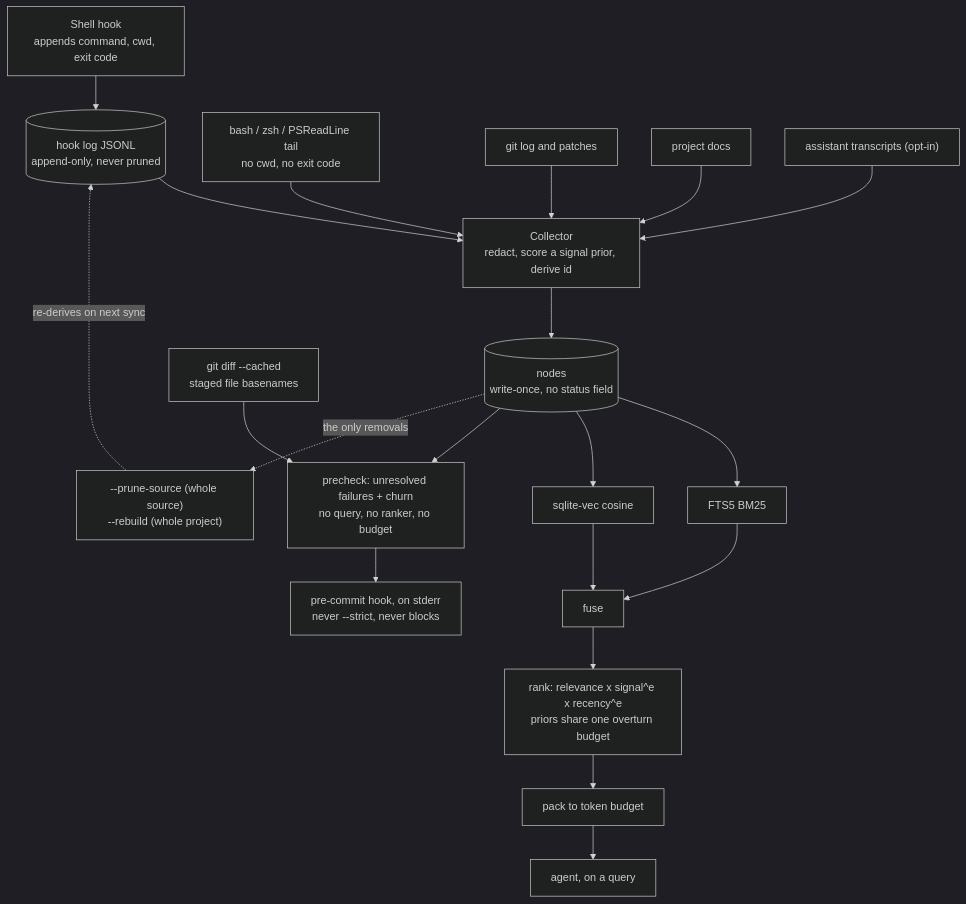
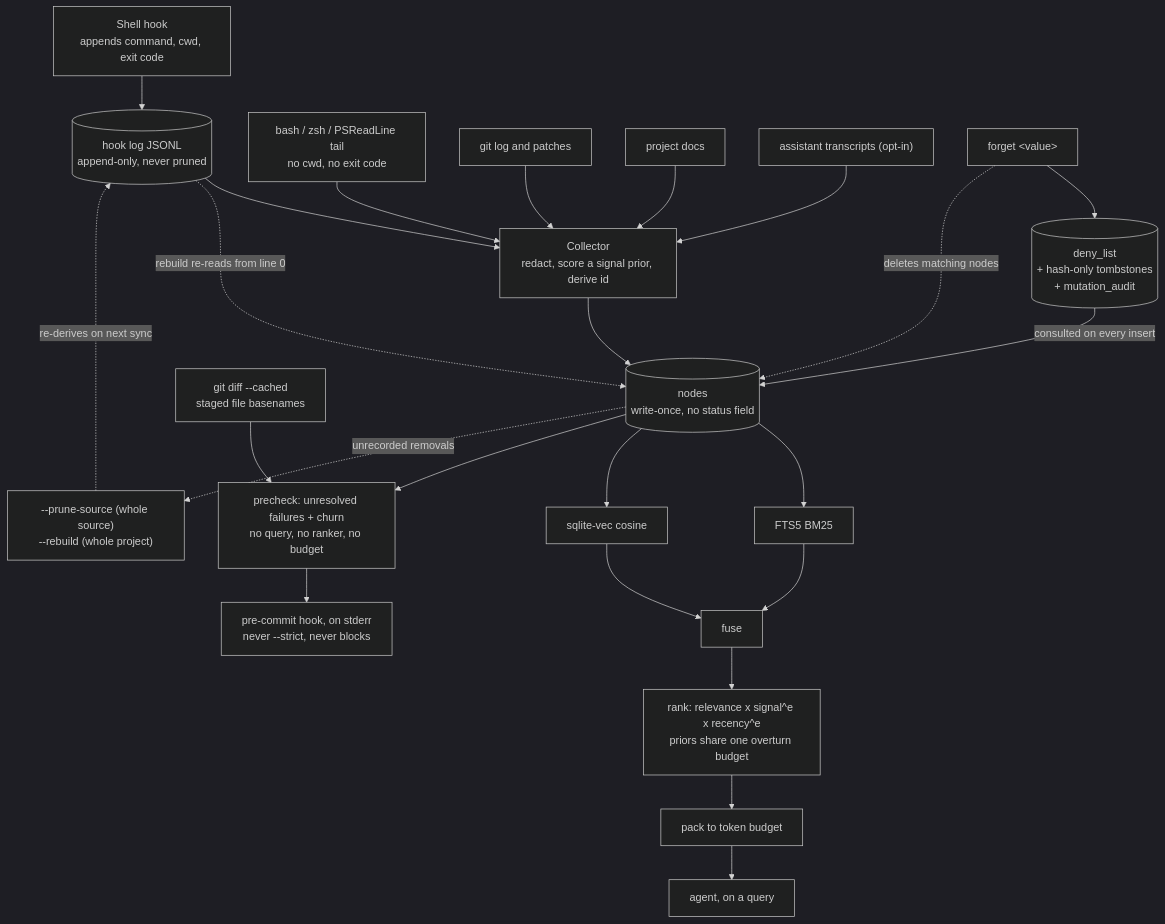
Before and after one commit to neoneye/agent-memory-atlas: the diagram in content/systems/nexusmem.md, drawn with Mermaid (dark theme). The commit also changed other lines of this file and 17 other files, not shown here.

````diff
--- a/content/systems/nexusmem.md
+++ b/content/systems/nexusmem.md
@@ -109,23 +124,27 @@
 ```mermaid
 %% caption: two ways out — a ranked, budgeted answer to a query, and a pre-commit warning nobody asked for — and one way back in, because removal is keyed on the source, the source file survives, and the next full sync re-derives what was pruned
 flowchart TD
     HOOK["Shell hook<br/>appends command, cwd, exit code"] --> LOG[("hook log JSONL<br/>append-only, never pruned")]
     LOG --> COLL
     SCRAPE["bash / zsh / PSReadLine tail<br/>no cwd, no exit code"] --> COLL
     GIT["git log and patches"] --> COLL
     DOCS["project docs"] --> COLL
     CONV["assistant transcripts (opt-in)"] --> COLL
     COLL["Collector<br/>redact, score a signal prior, derive id"] --> N[("nodes<br/>write-once, no status field")]
     N --> FTS["FTS5 BM25"]
     N --> VEC["sqlite-vec cosine"]
     FTS --> FUSE["fuse"]
     VEC --> FUSE
     FUSE --> RANK["rank: relevance x signal^e x recency^e<br/>priors share one overturn budget"]
     RANK --> PACK["pack to token budget"]
     PACK --> AGENT["agent, on a query"]
     STAGED["git diff --cached<br/>staged file basenames"] --> PRE["precheck: unresolved failures + churn<br/>no query, no ranker, no budget"]
     N --> PRE
     PRE --> HOOK2["pre-commit hook, on stderr<br/>never --strict, never blocks"]
-    N -. "the only removals" .-> PRUNE["--prune-source (whole source)<br/>--rebuild (whole project)"]
+    N -. "unrecorded removals" .-> PRUNE["--prune-source (whole source)<br/>--rebuild (whole project)"]
     PRUNE -. "re-derives on next sync" .-> LOG
+    FORGET["forget &lt;value&gt;"] --> DENY[("deny_list<br/>+ hash-only tombstones<br/>+ mutation_audit")]
+    FORGET -. "deletes matching nodes" .-> N
+    DENY -->|"consulted on every insert"| N
+    LOG -. "rebuild re-reads from line 0" .-> N
 ```
````
